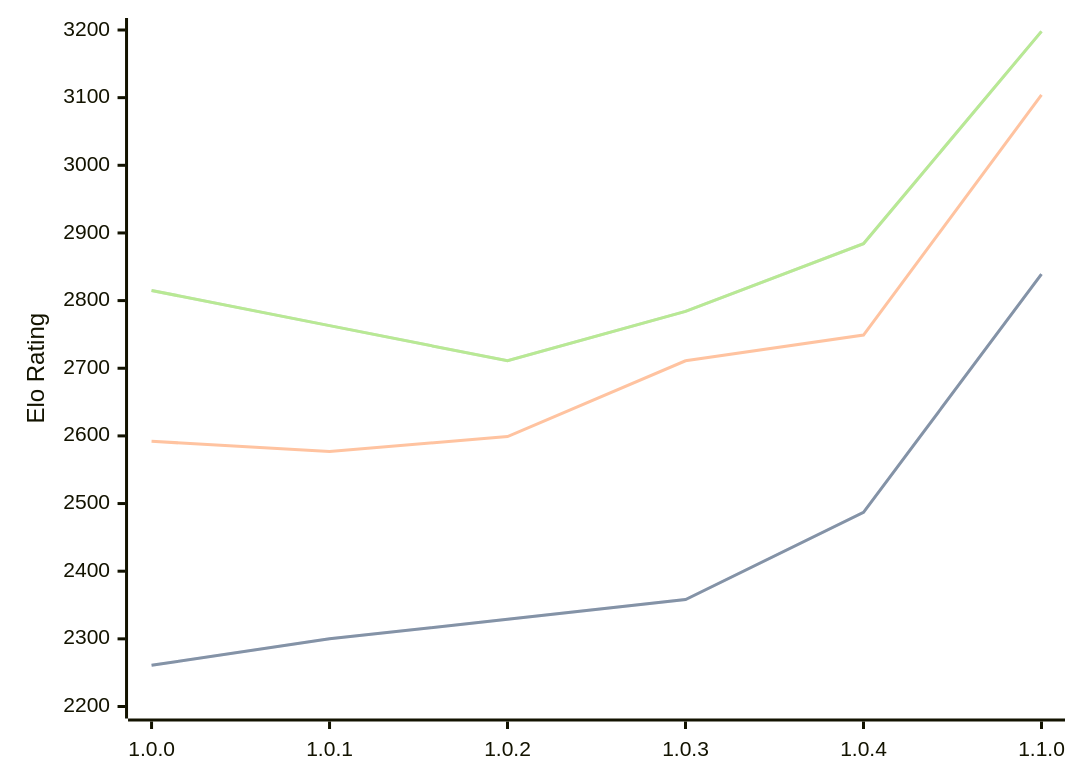
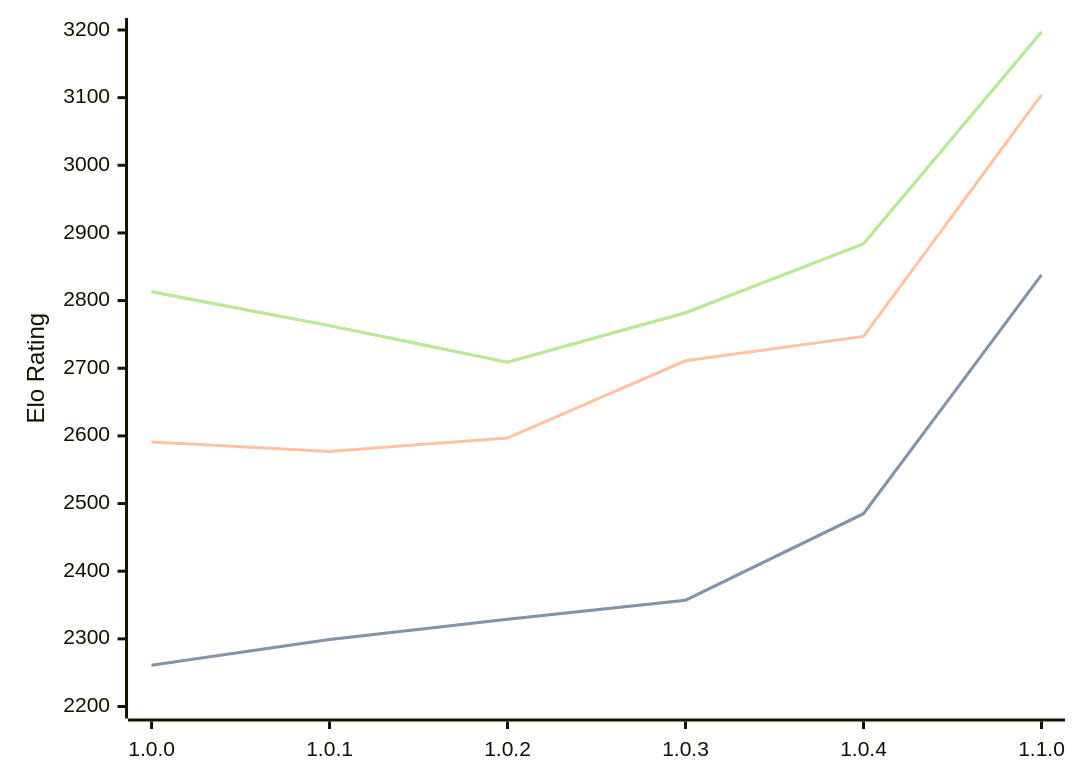
The diagram in engines/Grail.md (computer-chess-index/cci), drawn with Mermaid before and after one commit. The commit also changed other lines of this file, not shown here.

Commit message:
Update CCI Ratings (ELO VLTC) - 2026-04-07

````diff
--- a/engines/Grail.md
+++ b/engines/Grail.md
@@ -36,11 +36,11 @@
 ```mermaid
 %%{init: {"theme":"base","themeVariables":{"seriesColors:['#a3a3a3','#222221','#faa371']}}}%%
 xychart-beta
   x-axis ["1.0.0", "1.0.1", "1.0.2", "1.0.3", "1.0.4", "1.1.0"]
   y-axis "Elo Rating" 2200 --> 3200
-  line "STC (8.0+0.08s)" [2261, 2300, 2329, 2358, 2487, 2839]
-  line "STC (8.0+0.08s)" [2261, 2300, 2329, 2358, 2487, 2839]
-  line "LTC (60.0+0.60s)" [2592, 2577, 2599, 2711, 2749, 3104]
-  line "VLTC (2m24s+1.12s)" [2815, 2763, 2711, 2784, 2884, 3198]
-  line "VLTC (2m24s+1.12s)" [2815, 2763, 2711, 2784, 2884, 3198]
+  line "STC (8.0+0.08s)" [2261, 2299, 2329, 2357, 2485, 2838]
+  line "STC (8.0+0.08s)" [2261, 2299, 2329, 2357, 2485, 2838]
+  line "LTC (60.0+0.60s)" [2591, 2577, 2597, 2711, 2747, 3104]
+  line "VLTC (2m24s+1.12s)" [2813, 2763, 2709, 2782, 2884, 3197]
+  line "VLTC (2m24s+1.12s)" [2813, 2763, 2709, 2782, 2884, 3197]
 ```
````
